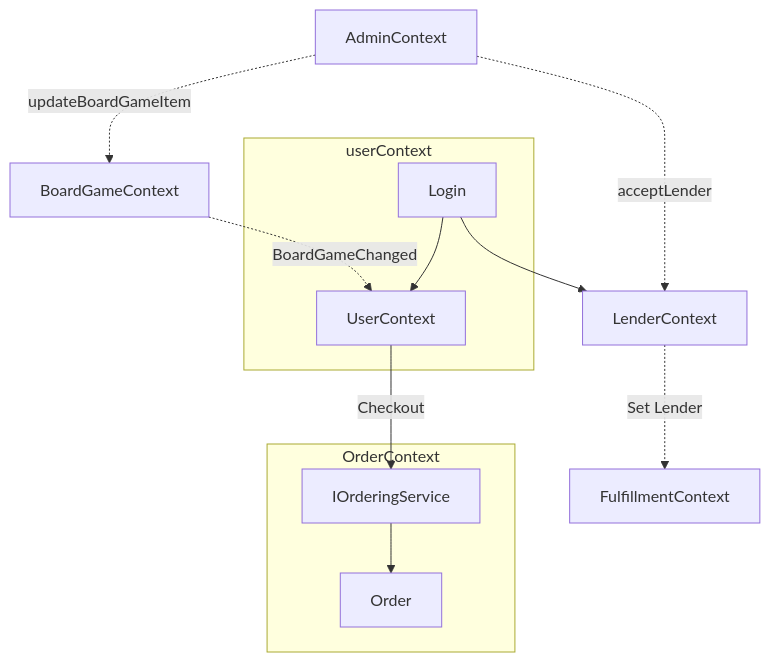
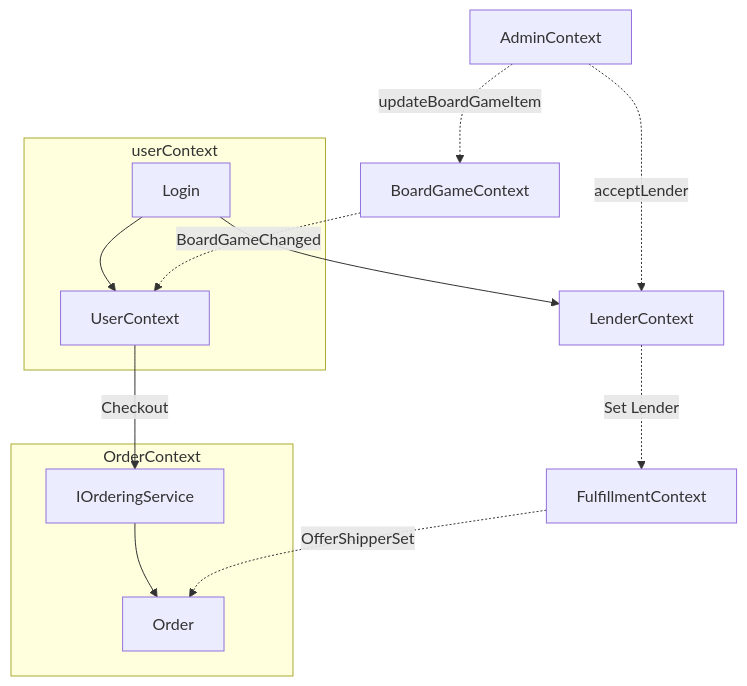
The diagram in Utlån_Konvensjonell/Utlånssystem_Konvensjonell/Design.md (Mancorl/Datbac-Prosjekt), drawn with Mermaid before and after one commit.

Commit message:
Flowchart service

````diff
--- a/Utlån_Konvensjonell/Utlånssystem_Konvensjonell/Design.md
+++ b/Utlån_Konvensjonell/Utlånssystem_Konvensjonell/Design.md
@@ -3,25 +3,25 @@
 ```mermaid
 flowchart TB
  subgraph OrderContext["OrderContext"]
         Order["Order"]
         IOrderingService["IOrderingService"]
   end
   subgraph userContext
     login[Login] 
     login --> user[UserContext] 
   end
     
     login --> Lender[LenderContext]  
 
     admin[AdminContext] -. updateBoardGameItem .-> BoardGameContext
     admin -. acceptLender .-> Lender
 
     BoardGameContext["BoardGameContext"] -. BoardGameChanged .-> user
     user -- Checkout --> IOrderingService
     IOrderingService --> Order
 
     Lender -. Set Lender .-> FulfillmentContext
 
-    
+    FulfillmentContext -. OfferShipperSet .-> Order
 
 ```
````
